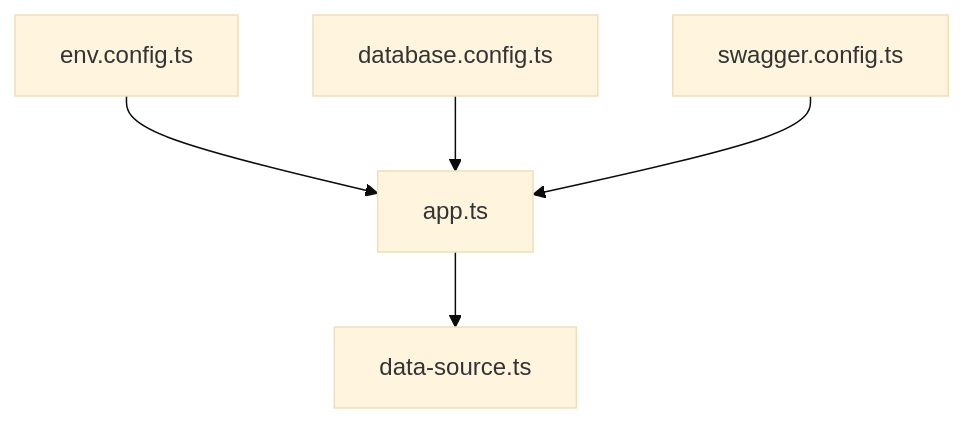
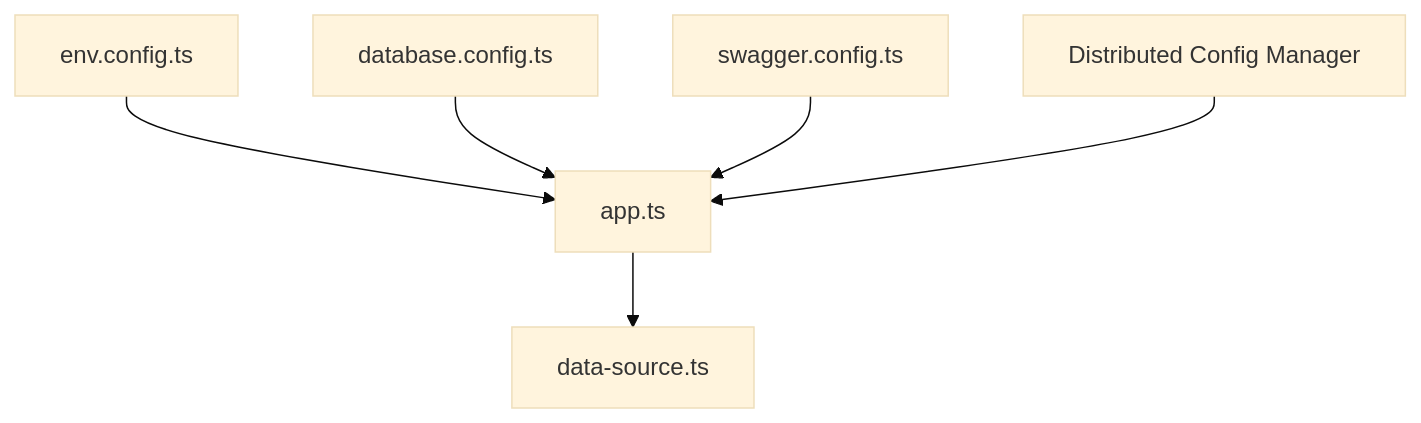
One commit to franckylab/eLISAschool changed diagram 15 of 19 in .qoder/repowiki/en/content/System Architecture/Backend Architecture/Backend Architecture.md. Above: the diagram before and after it, drawn with Mermaid (base theme). The commit also changed other lines of this file and 262 other files, not shown here.

First line of the commit message:
refactor(architecture): améliorer gestion distribuée de la configuration et délégation contrôleur

````diff
--- a/.qoder/repowiki/en/content/System Architecture/Backend Architecture/Backend Architecture.md
+++ b/.qoder/repowiki/en/content/System Architecture/Backend Architecture/Backend Architecture.md
@@ -489,7 +598,8 @@
 ```mermaid
 graph TB
 Env["env.config.ts"] --> App["app.ts"]
 DBConf["database.config.ts"] --> App
 Swagger["swagger.config.ts"] --> App
+DistConfig["Distributed Config Manager"] --> App
 App --> DataSource["data-source.ts"]
 ```
````
